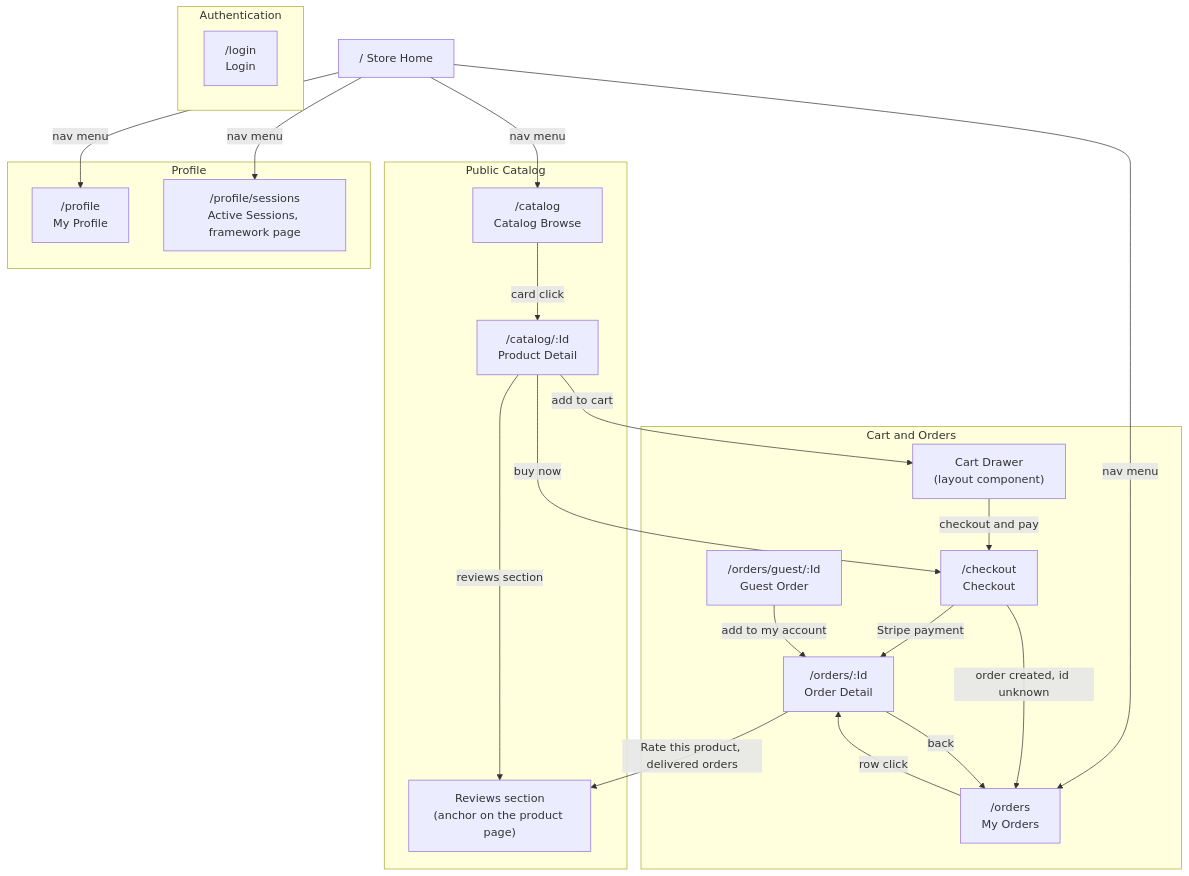
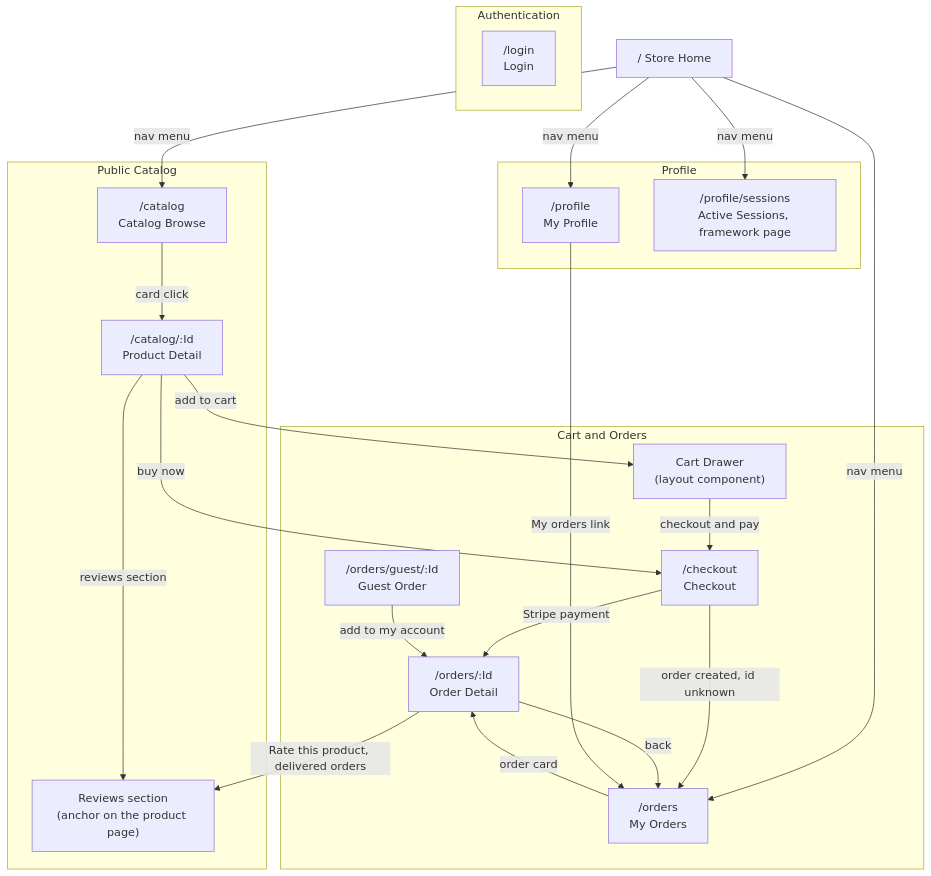
Before and after one commit to ivanball/ivanball.github.io: the second of 3 diagrams in docs-src/guides/store-NavigationFlow.md, drawn with Mermaid. The commit also changed other lines of this file and 9 other files, not shown here.

````diff
--- a/docs-src/guides/store-NavigationFlow.md
+++ b/docs-src/guides/store-NavigationFlow.md
@@ -96,46 +108,47 @@
 ```mermaid
 flowchart TD
     subgraph Auth["Authentication"]
         Login["/login<br/>Login"]
     end
 
     subgraph Catalog["Public Catalog"]
         Browse["/catalog<br/>Catalog Browse"]
         ProductDetail["/catalog/:Id<br/>Product Detail"]
         Reviews["Reviews section<br/>(anchor on the product page)"]
     end
 
     subgraph Sales["Cart and Orders"]
         Cart["Cart Drawer<br/>(layout component)"]
         Checkout["/checkout<br/>Checkout"]
         Orders["/orders<br/>My Orders"]
         OrderDetail["/orders/:Id<br/>Order Detail"]
         GuestOrder["/orders/guest/:Id<br/>Guest Order"]
     end
 
     subgraph Identity["Profile"]
         Profile["/profile<br/>My Profile"]
         Sessions["/profile/sessions<br/>Active Sessions, framework page"]
     end
 
     Home["/  Store Home"]
 
     Home -->|nav menu| Browse
     Home -->|nav menu| Orders
     Home -->|nav menu| Profile
     Home -->|nav menu| Sessions
 
     Browse -->|card click| ProductDetail
     ProductDetail -->|add to cart| Cart
     ProductDetail -->|buy now| Checkout
     Cart -->|checkout and pay| Checkout
     Checkout -->|Stripe payment| OrderDetail
     Checkout -->|order created, id unknown| Orders
 
-    Orders -->|row click| OrderDetail
+    Orders -->|order card| OrderDetail
     OrderDetail -->|back| Orders
+    Profile -->|My orders link| Orders
     GuestOrder -->|add to my account| OrderDetail
 
     ProductDetail -->|reviews section| Reviews
     OrderDetail -->|Rate this product, delivered orders| Reviews
 ```
````
